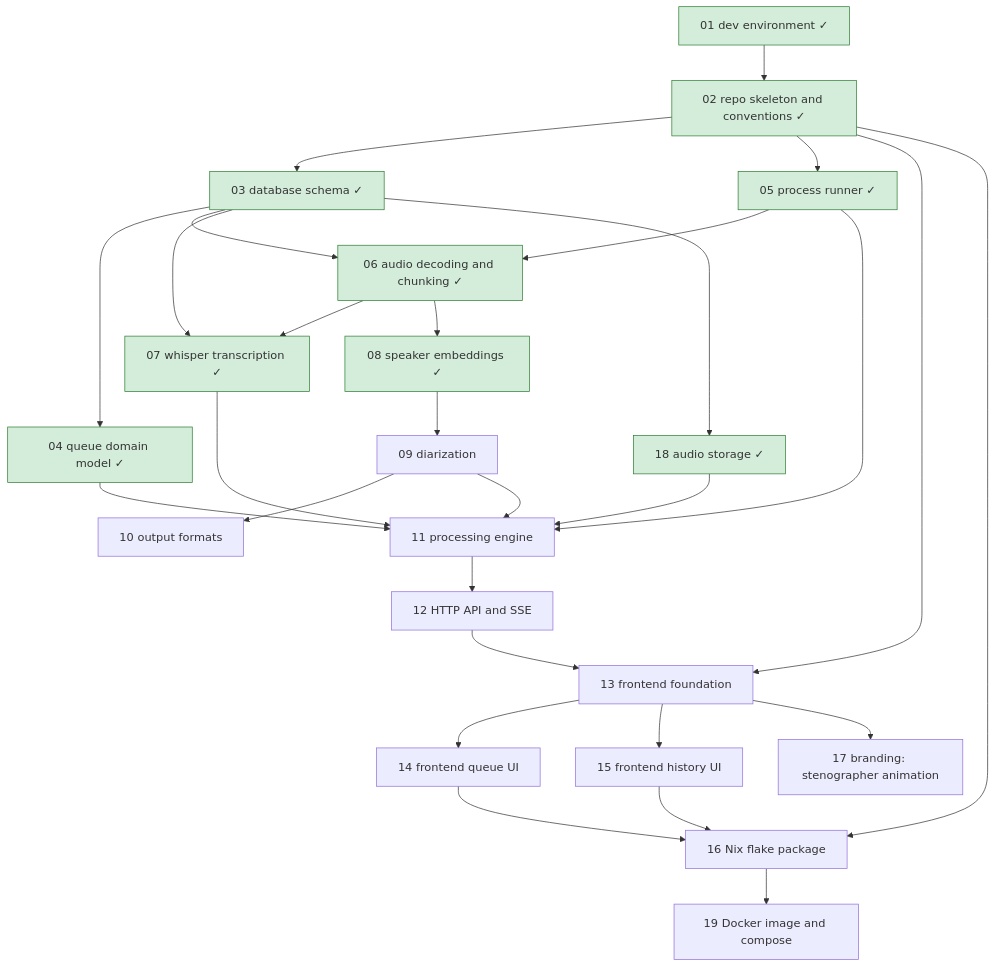
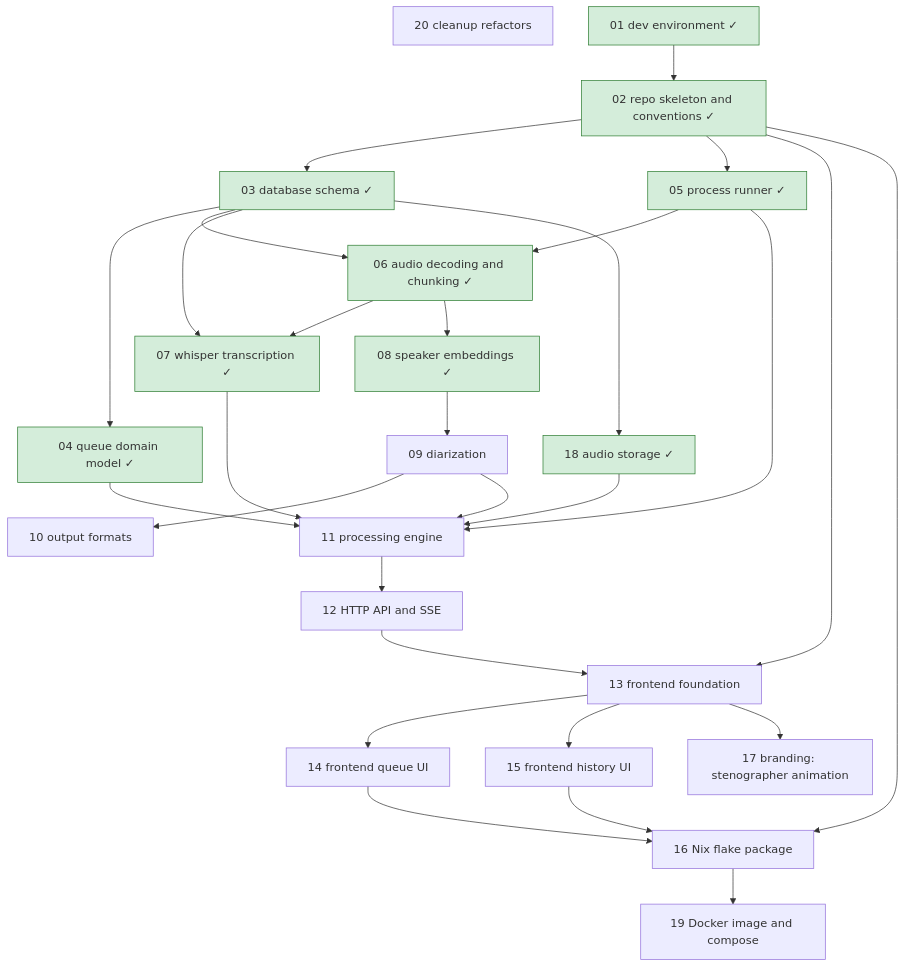
The diagram in roadmap/README.md (lulu-berlin/speech-to-text-app), drawn with Mermaid before and after one commit. The commit also changed other lines of this file and 2 other files, not shown here.

Commit message:
Add roadmap item 20 (cleanup refactors); add PauseGate placement to item 11

````diff
--- a/roadmap/README.md
+++ b/roadmap/README.md
@@ -17,31 +17,32 @@
 ```mermaid
 graph TD
   01[01 dev environment ✓]:::done --> 02[02 repo skeleton and conventions ✓]:::done
   02 --> 03[03 database schema ✓]:::done
   03 --> 04[04 queue domain model ✓]:::done
   02 --> 05[05 process runner ✓]:::done
   05 --> 06[06 audio decoding and chunking ✓]:::done
   03 --> 06
   06 --> 07[07 whisper transcription ✓]:::done
   03 --> 07
   06 --> 08[08 speaker embeddings ✓]:::done
   08 --> 09[09 diarization]
   09 --> 10[10 output formats]
   04 --> 11[11 processing engine]
   05 --> 11
   07 --> 11
   09 --> 11
   03 --> 18[18 audio storage ✓]:::done
   18 --> 11
   11 --> 12[12 HTTP API and SSE]
   02 --> 13[13 frontend foundation]
   12 --> 13
   13 --> 14[14 frontend queue UI]
   13 --> 15[15 frontend history UI]
   02 --> 16[16 Nix flake package]
   14 --> 16
   15 --> 16
   13 --> 17[17 branding: stenographer animation]
   16 --> 19[19 Docker image and compose]
+  20[20 cleanup refactors]
   classDef done fill:#d4edda,stroke:#2e7d32
 ```
````
